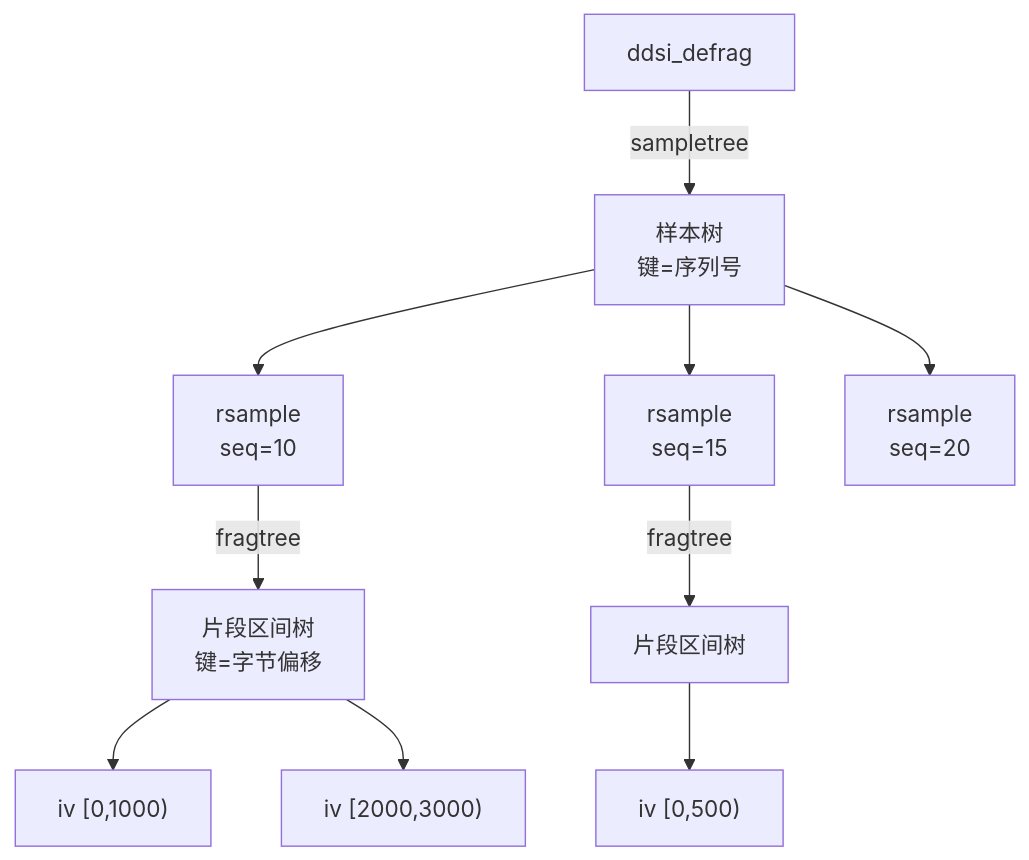
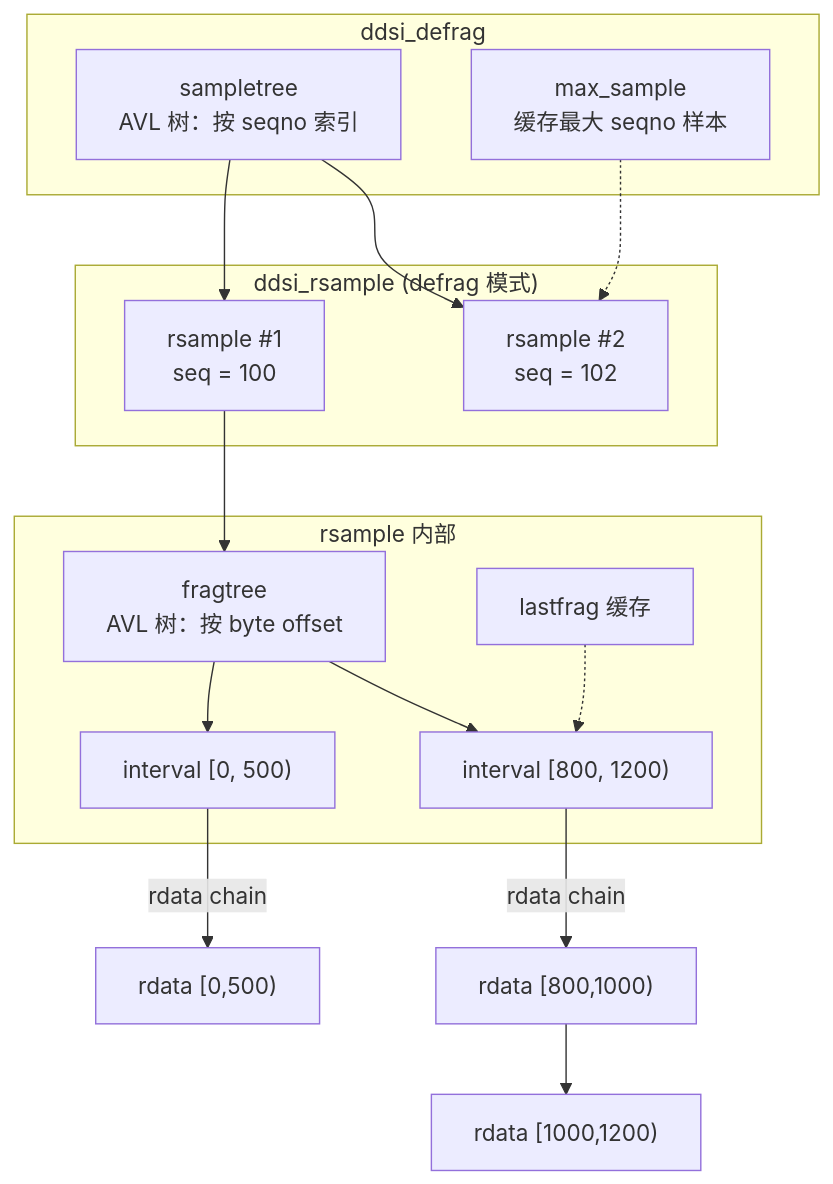
Before and after one commit to Learner-Geek-Perfectionist/Cyclone-DDS-Study: the second of 3 diagrams in study/rbuf-memory-model/03-defrag.md, drawn with Mermaid. The commit also changed other lines of this file and 1514 other files, not shown here.

````diff
--- a/study/rbuf-memory-model/03-defrag.md
+++ b/study/rbuf-memory-model/03-defrag.md
@@ -149,13 +92,31 @@
 ```mermaid
 graph TD
-  D["ddsi_defrag"]
-  D -->|sampletree| ST["样本树<br/>键=序列号"]
-  ST --> S1["rsample<br/>seq=10"]
-  ST --> S2["rsample<br/>seq=15"]
-  ST --> S3["rsample<br/>seq=20"]
-  S1 -->|fragtree| FT1["片段区间树<br/>键=字节偏移"]
-  FT1 --> IV1["iv [0,1000)"]
-  FT1 --> IV2["iv [2000,3000)"]
-  S2 -->|fragtree| FT2["片段区间树"]
-  FT2 --> IV3["iv [0,500)"]
+    subgraph "ddsi_defrag"
+        ST["sampletree<br/>AVL 树：按 seqno 索引"]
+        MS["max_sample<br/>缓存最大 seqno 样本"]
+    end
+
+    subgraph "ddsi_rsample (defrag 模式)"
+        RS["rsample #1<br/>seq = 100"]
+        RS2["rsample #2<br/>seq = 102"]
+    end
+
+    subgraph "rsample 内部"
+        FT["fragtree<br/>AVL 树：按 byte offset"]
+        IV1["interval [0, 500)"]
+        IV2["interval [800, 1200)"]
+        LF["lastfrag 缓存"]
+    end
+
+    ST --> RS
+    ST --> RS2
+    MS -.-> RS2
+    RS --> FT
+    FT --> IV1
+    FT --> IV2
+    LF -.-> IV2
+
+    IV1 -->|"rdata chain"| RD1["rdata [0,500)"]
+    IV2 -->|"rdata chain"| RD2["rdata [800,1000)"]
+    RD2 --> RD3["rdata [1000,1200)"]
 ```
````
